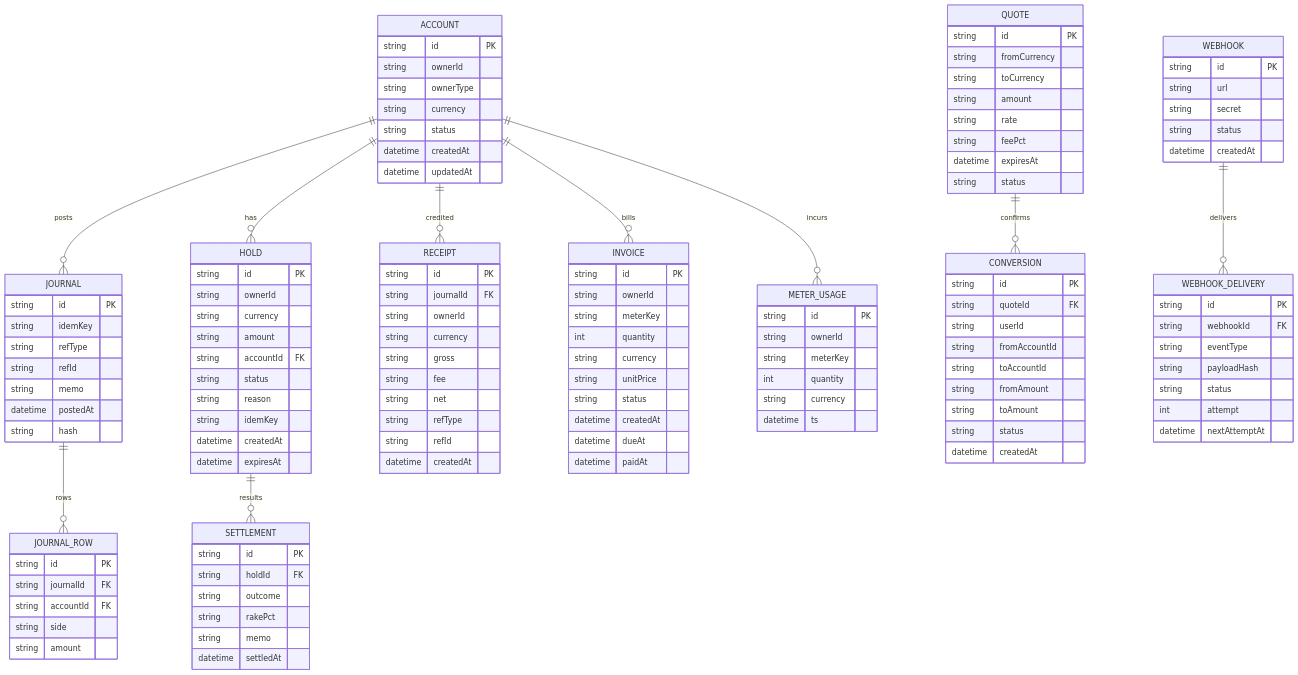
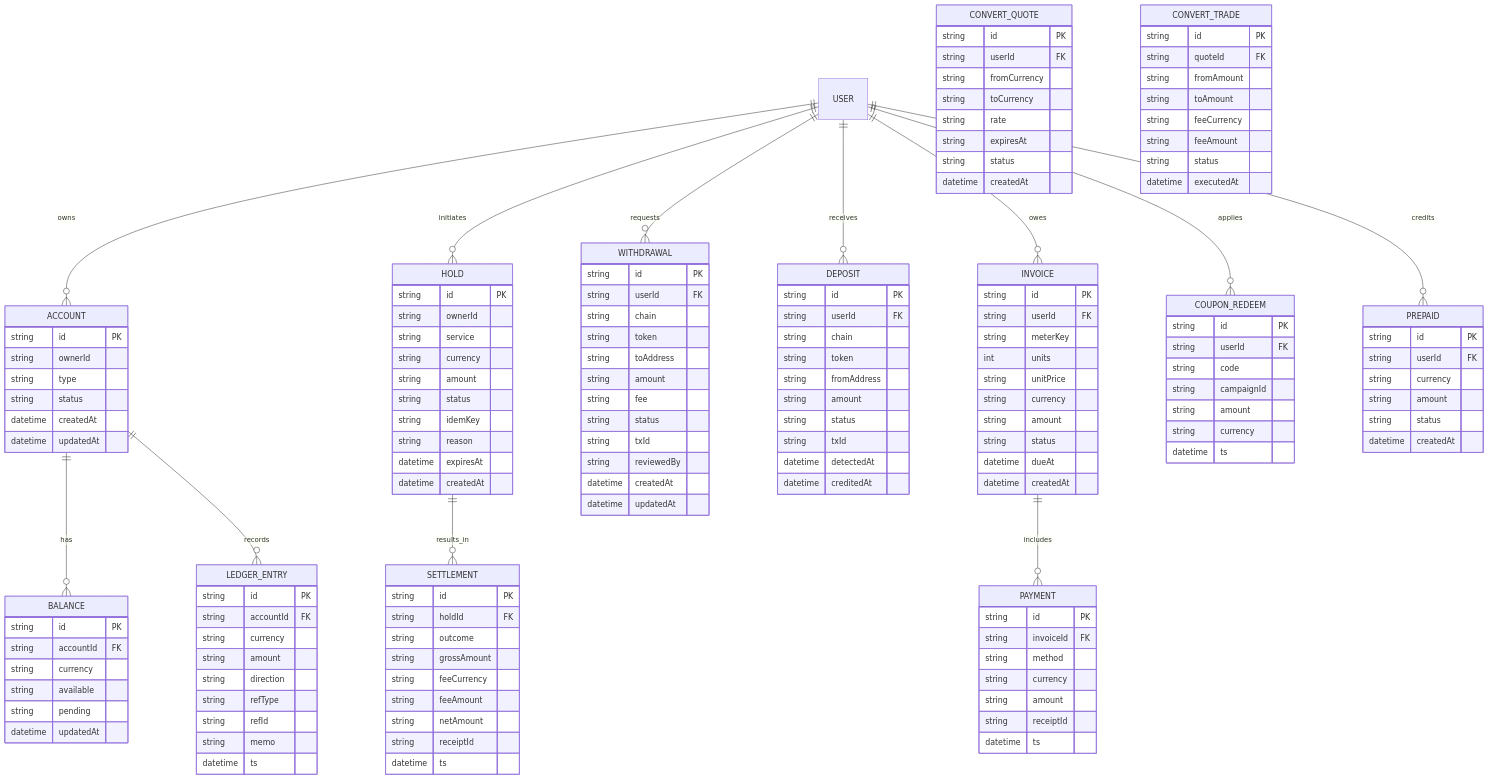
Before and after one commit to bkkac/tg-miniapp-payhub-service: the second of 6 diagrams in SystemDesign.md, drawn with Mermaid. The commit also changed other lines of this file, not shown here.

````diff
--- a/SystemDesign.md
+++ b/SystemDesign.md
@@ -105,127 +128,149 @@
 ```mermaid
 erDiagram
-  ACCOUNT ||--o{ JOURNAL : posts
-  JOURNAL ||--o{ JOURNAL_ROW : rows
-  ACCOUNT ||--o{ HOLD : has
-  HOLD ||--o{ SETTLEMENT : results
-  ACCOUNT ||--o{ RECEIPT : credited
-  QUOTE ||--o{ CONVERSION : confirms
-  WEBHOOK ||--o{ WEBHOOK_DELIVERY : delivers
-  ACCOUNT ||--o{ INVOICE : bills
-  ACCOUNT ||--o{ METER_USAGE : incurs
+  USER ||--o{ ACCOUNT : owns
+  ACCOUNT ||--o{ BALANCE : has
+  ACCOUNT ||--o{ LEDGER_ENTRY : records
+  USER ||--o{ HOLD : initiates
+  HOLD ||--o{ SETTLEMENT : results_in
+  USER ||--o{ WITHDRAWAL : requests
+  USER ||--o{ DEPOSIT : receives
+  USER ||--o{ INVOICE : owes
+  INVOICE ||--o{ PAYMENT : includes
+  USER ||--o{ COUPON_REDEEM : applies
+  USER ||--o{ PREPAID : credits
 
   ACCOUNT {
     string id PK
     string ownerId
-    string ownerType
-    string currency
+    string type
     string status
     datetime createdAt
     datetime updatedAt
   }
-  JOURNAL {
+  BALANCE {
     string id PK
-    string idemKey
+    string accountId FK
+    string currency
+    string available
+    string pending
+    datetime updatedAt
+  }
+  LEDGER_ENTRY {
+    string id PK
+    string accountId FK
+    string currency
+    string amount
+    string direction
     string refType
     string refId
     string memo
-    datetime postedAt
-    string hash
-  }
-  JOURNAL_ROW {
-    string id PK
-    string journalId FK
-    string accountId FK
-    string side
-    string amount
+    datetime ts
   }
   HOLD {
     string id PK
     string ownerId
+    string service
     string currency
     string amount
-    string accountId FK
     string status
+    string idemKey
     string reason
-    string idemKey
+    datetime expiresAt
     datetime createdAt
-    datetime expiresAt
   }
   SETTLEMENT {
     string id PK
     string holdId FK
     string outcome
-    string rakePct
-    string memo
-    datetime settledAt
+    string grossAmount
+    string feeCurrency
+    string feeAmount
+    string netAmount
+    string receiptId
+    datetime ts
   }
-  RECEIPT {
+  WITHDRAWAL {
     string id PK
-    string journalId FK
-    string ownerId
-    string currency
-    string gross
+    string userId FK
+    string chain
+    string token
+    string toAddress
+    string amount
     string fee
-    string net
-    string refType
-    string refId
+    string status
+    string txId
+    string reviewedBy
     datetime createdAt
+    datetime updatedAt
   }
-  QUOTE {
+  DEPOSIT {
     string id PK
+    string userId FK
+    string chain
+    string token
+    string fromAddress
+    string amount
+    string status
+    string txId
+    datetime detectedAt
+    datetime creditedAt
+  }
+  CONVERT_QUOTE {
+    string id PK
+    string userId FK
     string fromCurrency
     string toCurrency
-    string amount
     string rate
-    string feePct
-    datetime expiresAt
-    string status
-  }
-  CONVERSION {
-    string id PK
-    string quoteId FK
-    string userId
-    string fromAccountId
-    string toAccountId
-    string fromAmount
-    string toAmount
+    string expiresAt
     string status
     datetime createdAt
   }
+  CONVERT_TRADE {
+    string id PK
+    string quoteId FK
+    string fromAmount
+    string toAmount
+    string feeCurrency
+    string feeAmount
+    string status
+    datetime executedAt
+  }
   INVOICE {
     string id PK
-    string ownerId
+    string userId FK
     string meterKey
-    int quantity
+    int units
+    string unitPrice
     string currency
-    string unitPrice
+    string amount
     string status
+    datetime dueAt
     datetime createdAt
-    datetime dueAt
-    datetime paidAt
   }
-  METER_USAGE {
+  PAYMENT {
     string id PK
-    string ownerId
-    string meterKey
-    int quantity
+    string invoiceId FK
+    string method
+    string currency
+    string amount
+    string receiptId
+    datetime ts
+  }
+  COUPON_REDEEM {
+    string id PK
+    string userId FK
+    string code
+    string campaignId
+    string amount
     string currency
     datetime ts
   }
-  WEBHOOK {
+  PREPAID {
     string id PK
-    string url
-    string secret
+    string userId FK
+    string currency
+    string amount
     string status
     datetime createdAt
   }
-  WEBHOOK_DELIVERY {
-    string id PK
-    string webhookId FK
-    string eventType
-    string payloadHash
-    string status
-    int attempt
-    datetime nextAttemptAt
-  }
 ```
````
